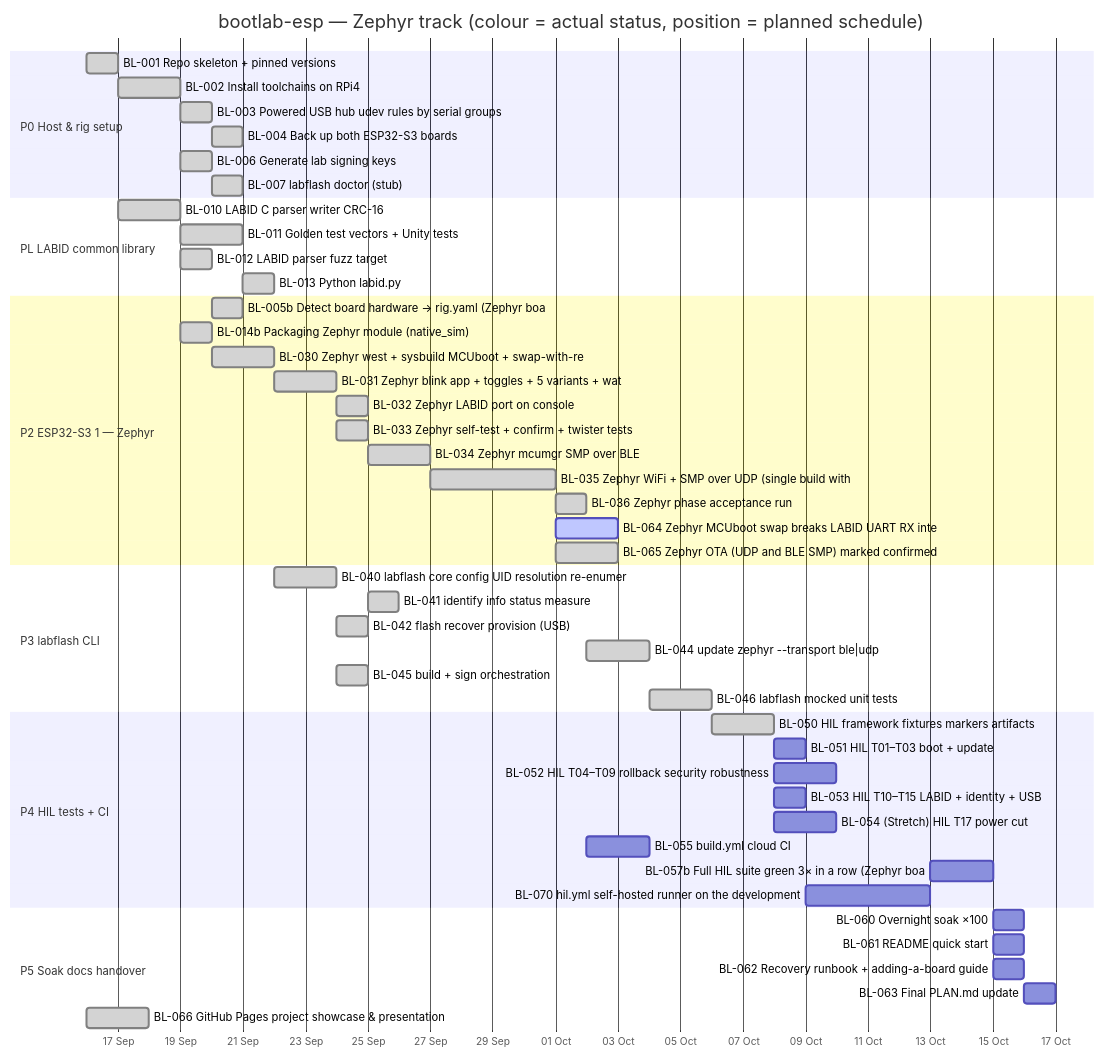
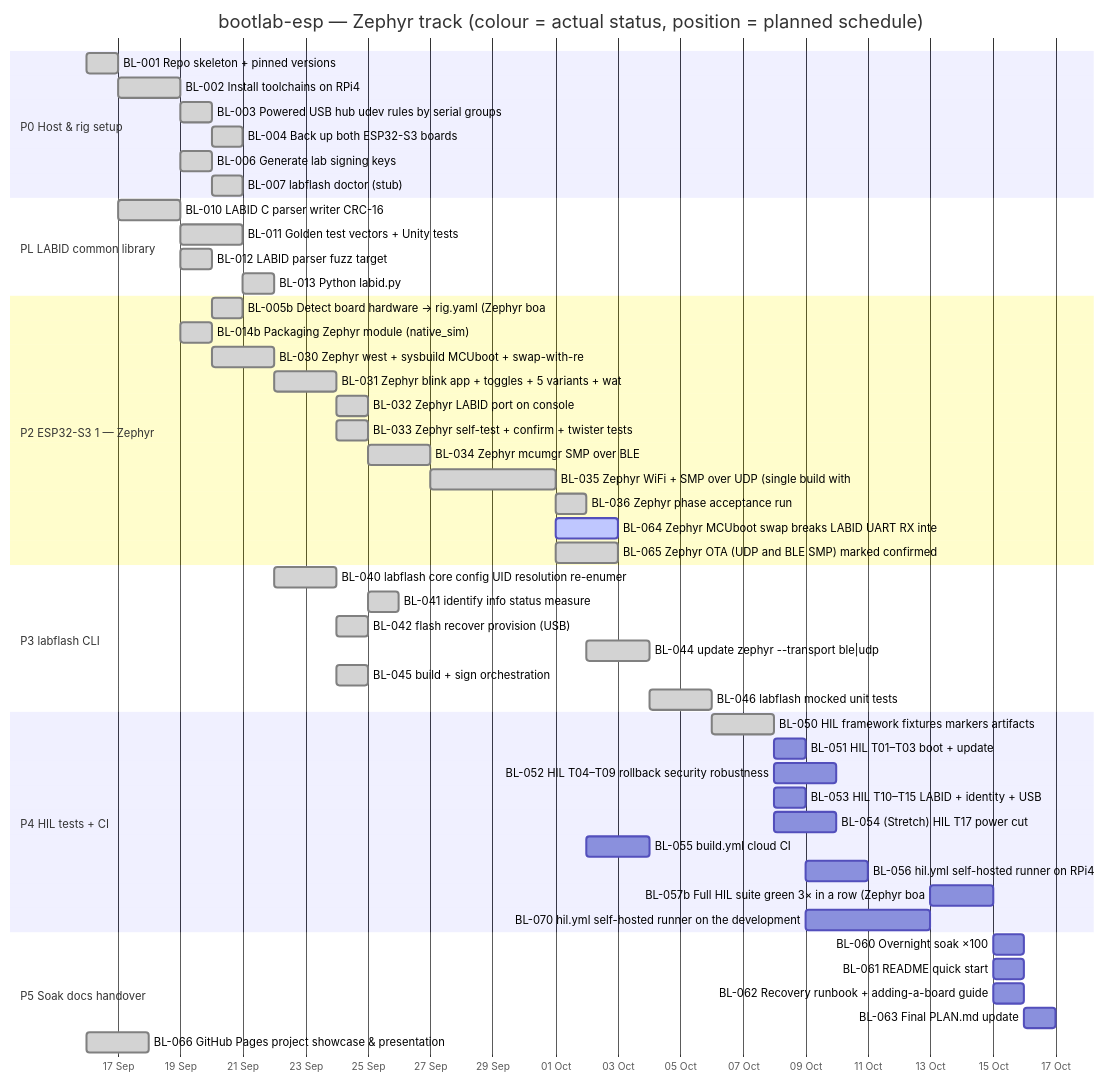
The second of 2 diagrams in tickets/GANTT.md (mohamed-soubhi/bootlab-esp), drawn with Mermaid before and after one commit. The commit also changed other lines of this file and 4 other files, not shown here.

First line of the commit message:
docs(tickets): reinstate BL-056 (RPi4 runner) as a secondary CI/CD demo; add re-registration runbook

````diff
--- a/tickets/GANTT.md
+++ b/tickets/GANTT.md
@@ -117,53 +119,54 @@
 ```mermaid
 gantt
     title bootlab-esp — Zephyr track (colour = actual status, position = planned schedule)
     dateFormat YYYY-MM-DD
     axisFormat %d %b
     todayMarker stroke-width:3px,stroke:#f80,opacity:0.7
     section P0 Host & rig setup
     BL-001 Repo skeleton + pinned versions :done, bl001, 2026-09-16, 1d
     BL-002 Install toolchains on RPi4 :done, bl002, 2026-09-17, 2d
     BL-003 Powered USB hub udev rules by serial groups :done, bl003, 2026-09-19, 1d
     BL-004 Back up both ESP32-S3 boards :done, bl004, 2026-09-20, 1d
     BL-006 Generate lab signing keys :done, bl006, 2026-09-19, 1d
     BL-007 labflash doctor (stub) :done, bl007, 2026-09-20, 1d
     section PL LABID common library
     BL-010 LABID C parser writer CRC-16 :done, bl010, 2026-09-17, 2d
     BL-011 Golden test vectors + Unity tests :done, bl011, 2026-09-19, 2d
     BL-012 LABID parser fuzz target :done, bl012, 2026-09-19, 1d
     BL-013 Python labid.py :done, bl013, 2026-09-21, 1d
     section P2 ESP32-S3 1 — Zephyr
     BL-005b Detect board hardware → rig.yaml (Zephyr boa :done, bl005b, 2026-09-20, 1d
     BL-014b Packaging Zephyr module (native_sim) :done, bl014b, 2026-09-19, 1d
     BL-030 Zephyr west + sysbuild MCUboot + swap-with-re :done, bl030, 2026-09-20, 2d
     BL-031 Zephyr blink app + toggles + 5 variants + wat :done, bl031, 2026-09-22, 2d
     BL-032 Zephyr LABID port on console :done, bl032, 2026-09-24, 1d
     BL-033 Zephyr self-test + confirm + twister tests :done, bl033, 2026-09-24, 1d
     BL-034 Zephyr mcumgr SMP over BLE :done, bl034, 2026-09-25, 2d
     BL-035 Zephyr WiFi + SMP over UDP (single build with :done, bl035, 2026-09-27, 4d
     BL-036 Zephyr phase acceptance run :done, bl036, 2026-10-01, 1d
     BL-064 Zephyr MCUboot swap breaks LABID UART RX inte :active, bl064, 2026-10-01, 2d
     BL-065 Zephyr OTA (UDP and BLE SMP) marked confirmed :done, bl065, 2026-10-01, 2d
     section P3 labflash CLI
     BL-040 labflash core config UID resolution re-enumer :done, bl040, 2026-09-22, 2d
     BL-041 identify info status measure :done, bl041, 2026-09-25, 1d
     BL-042 flash recover provision (USB) :done, bl042, 2026-09-24, 1d
     BL-044 update zephyr --transport ble|udp :done, bl044, 2026-10-02, 2d
     BL-045 build + sign orchestration :done, bl045, 2026-09-24, 1d
     BL-046 labflash mocked unit tests :done, bl046, 2026-10-04, 2d
     section P4 HIL tests + CI
     BL-050 HIL framework fixtures markers artifacts :done, bl050, 2026-10-06, 2d
     BL-051 HIL T01–T03 boot + update :bl051, 2026-10-08, 1d
     BL-052 HIL T04–T09 rollback security robustness :bl052, 2026-10-08, 2d
     BL-053 HIL T10–T15 LABID + identity + USB :bl053, 2026-10-08, 1d
     BL-054 (Stretch) HIL T17 power cut :bl054, 2026-10-08, 2d
     BL-055 build.yml cloud CI :bl055, 2026-10-02, 2d
+    BL-056 hil.yml self-hosted runner on RPi4 :bl056, 2026-10-09, 2d
     BL-057b Full HIL suite green 3× in a row (Zephyr boa :bl057b, 2026-10-13, 2d
     BL-070 hil.yml self-hosted runner on the development :bl070, 2026-10-09, 4d
     section P5 Soak docs handover
     BL-060 Overnight soak ×100 :bl060, 2026-10-15, 1d
     BL-061 README quick start :bl061, 2026-10-15, 1d
     BL-062 Recovery runbook + adding-a-board guide :bl062, 2026-10-15, 1d
     BL-063 Final PLAN.md update :bl063, 2026-10-16, 1d
     BL-066 GitHub Pages project showcase & presentation :done, bl066, 2026-09-16, 2d
 ```
````
